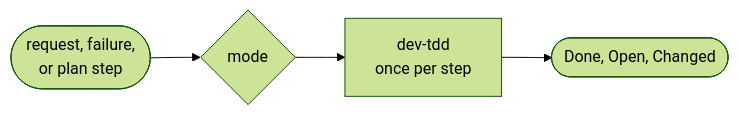
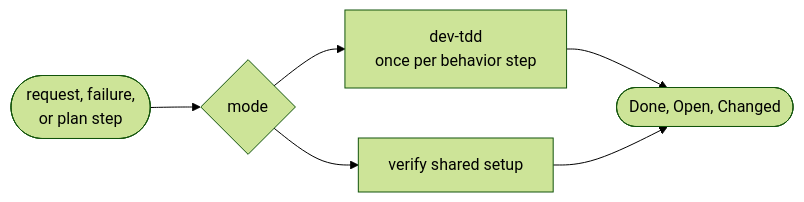
One commit to le0u0/just-do-it changed the first of 2 diagrams in docs/go-work.md. Above: the diagram before and after it, drawn with Mermaid (forest theme). The commit also changed other lines of this file and 40 other files, not shown here.

````diff
--- a/docs/go-work.md
+++ b/docs/go-work.md
@@ -7,6 +7,8 @@
 ```mermaid
 flowchart LR
     IN([request, failure,<br/>or plan step]) --> M{mode}
-    M --> D[dev-tdd<br/>once per step]
+    M --> D[dev-tdd<br/>once per behavior step]
+    M --> S[verify shared setup]
     D --> O([Done, Open, Changed])
+    S --> O
 ```
````
